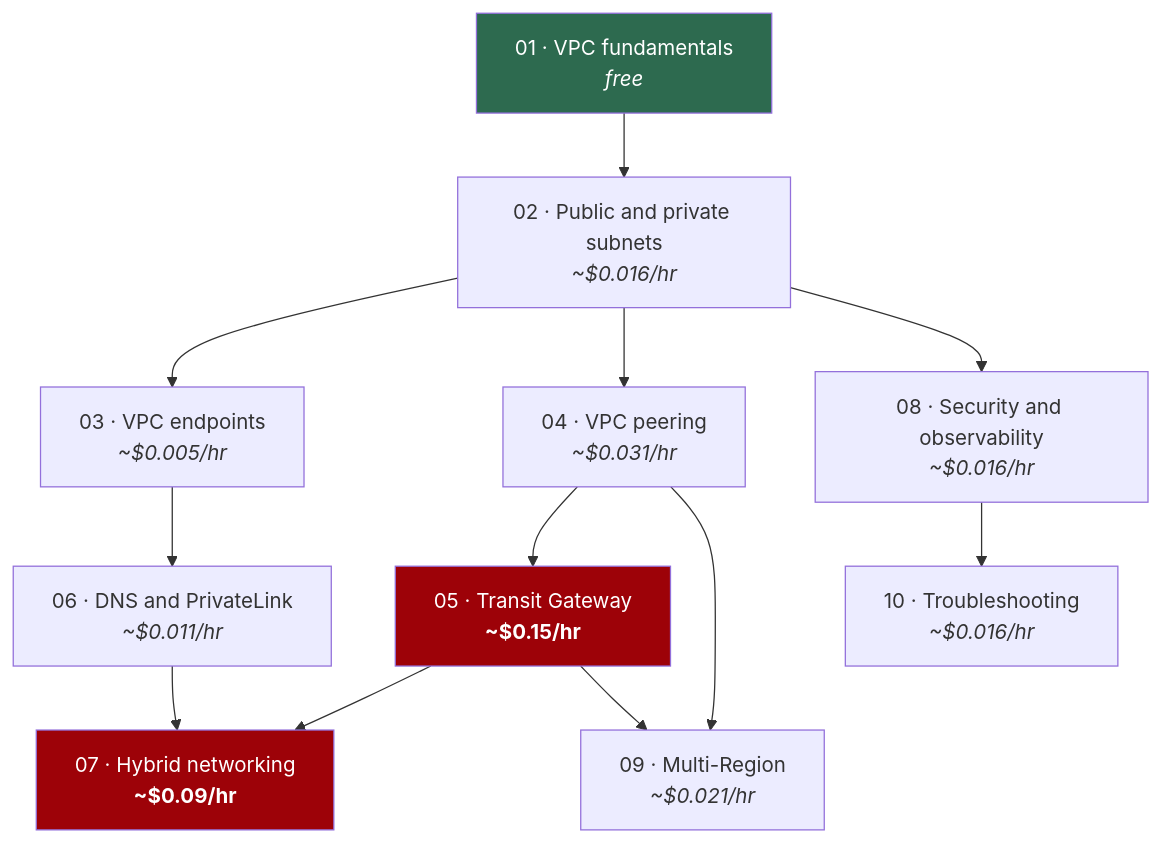
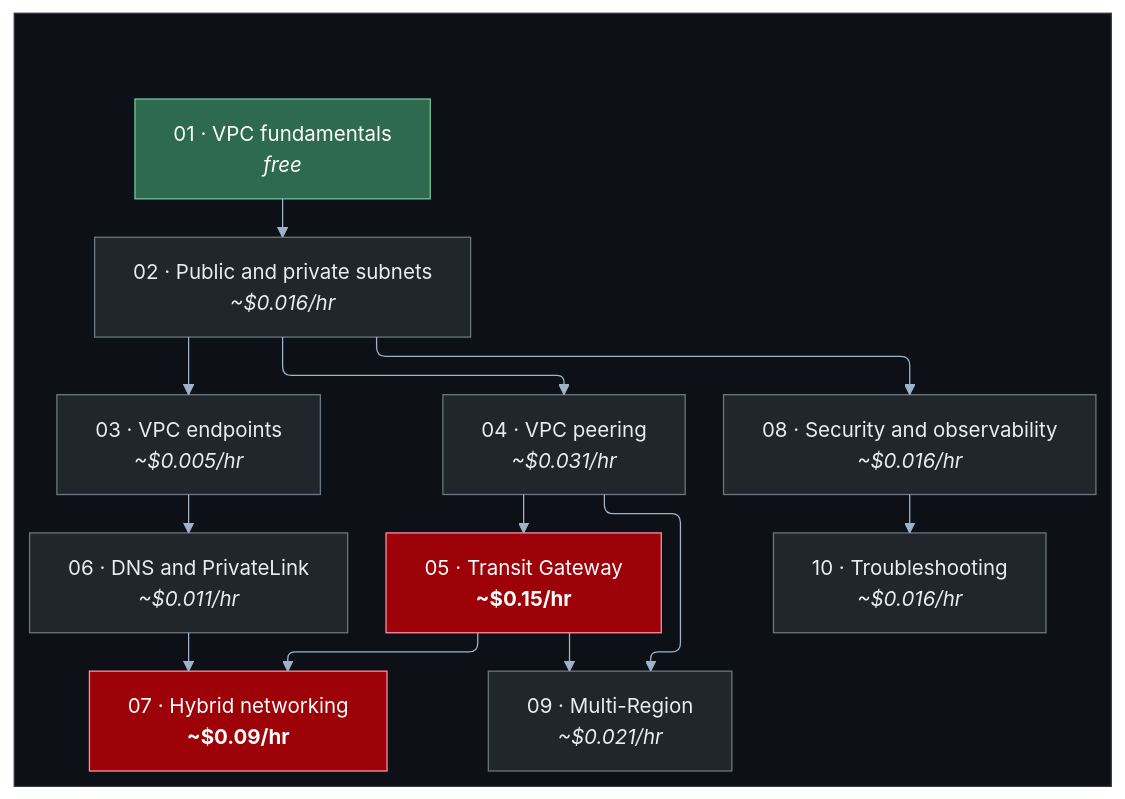
One commit to HuyNguyen260398/aws-network-architecture changed the diagram in docs/learning-path.md. Above: the diagram before and after it, drawn with Mermaid. The commit also changed 13 other files, not shown here.

First line of the commit message:
docs(diagrams): restyle all Mermaid diagrams for dark mode and orthogonal lines

````diff
--- a/docs/learning-path.md
+++ b/docs/learning-path.md
@@ -59,29 +59,53 @@
 ```mermaid
-graph TD
-    L01["01 · VPC fundamentals<br/><i>free</i>"]
-    L02["02 · Public and private subnets<br/><i>~$0.016/hr</i>"]
-    L03["03 · VPC endpoints<br/><i>~$0.005/hr</i>"]
-    L04["04 · VPC peering<br/><i>~$0.031/hr</i>"]
-    L05["05 · Transit Gateway<br/><b>~$0.15/hr</b>"]
-    L06["06 · DNS and PrivateLink<br/><i>~$0.011/hr</i>"]
-    L07["07 · Hybrid networking<br/><b>~$0.09/hr</b>"]
-    L08["08 · Security and observability<br/><i>~$0.016/hr</i>"]
-    L09["09 · Multi-Region<br/><i>~$0.021/hr</i>"]
-    L10["10 · Troubleshooting<br/><i>~$0.016/hr</i>"]
+---
+config:
+  layout: elk
+  theme: base
+  themeVariables:
+    lineColor: "#9fb3c8"
+    textColor: "#e6edf3"
+    primaryColor: "#21262d"
+    primaryTextColor: "#e6edf3"
+    primaryBorderColor: "#6e7681"
+    edgeLabelBackground: "#0d1117"
+    clusterBkg: "#161b22"
+    clusterBorder: "#6e7681"
+    titleColor: "#e6edf3"
+  flowchart:
+    curve: rounded
+    wrappingWidth: 420
+---
+flowchart TD
+    subgraph CANVAS[" "]
+        L01["01 · VPC fundamentals<br/><i>free</i>"]
+        L02["02 · Public and private subnets<br/><i>~$0.016/hr</i>"]
+        L03["03 · VPC endpoints<br/><i>~$0.005/hr</i>"]
+        L04["04 · VPC peering<br/><i>~$0.031/hr</i>"]
+        L05["05 · Transit Gateway<br/><b>~$0.15/hr</b>"]
+        L06["06 · DNS and PrivateLink<br/><i>~$0.011/hr</i>"]
+        L07["07 · Hybrid networking<br/><b>~$0.09/hr</b>"]
+        L08["08 · Security and observability<br/><i>~$0.016/hr</i>"]
+        L09["09 · Multi-Region<br/><i>~$0.021/hr</i>"]
+        L10["10 · Troubleshooting<br/><i>~$0.016/hr</i>"]
+    end
 
     L01 --> L02
     L02 --> L03
     L02 --> L04
     L03 --> L06
     L04 --> L05
     L04 --> L09
     L05 --> L07
     L06 --> L07
     L02 --> L08
     L08 --> L10
     L05 --> L09
 
-    style L05 fill:#9d0208,color:#fff
-    style L07 fill:#9d0208,color:#fff
-    style L01 fill:#2d6a4f,color:#fff
+    classDef canvas fill:#0d1117,stroke:#30363d,color:#e6edf3
+    classDef free fill:#2d6a4f,stroke:#74c69d,color:#fff
+    classDef billed fill:#9d0208,stroke:#ff8fa3,color:#fff
+
+    class CANVAS canvas
+    class L01 free
+    class L05,L07 billed
 ```
````
